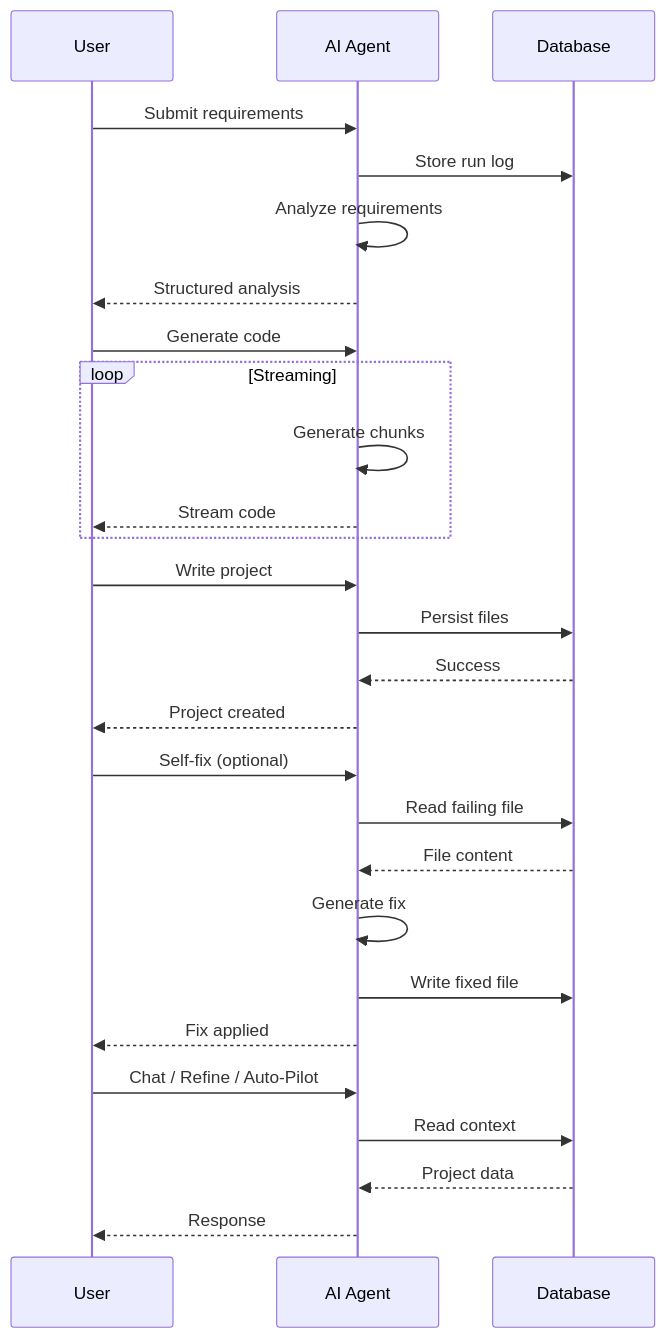
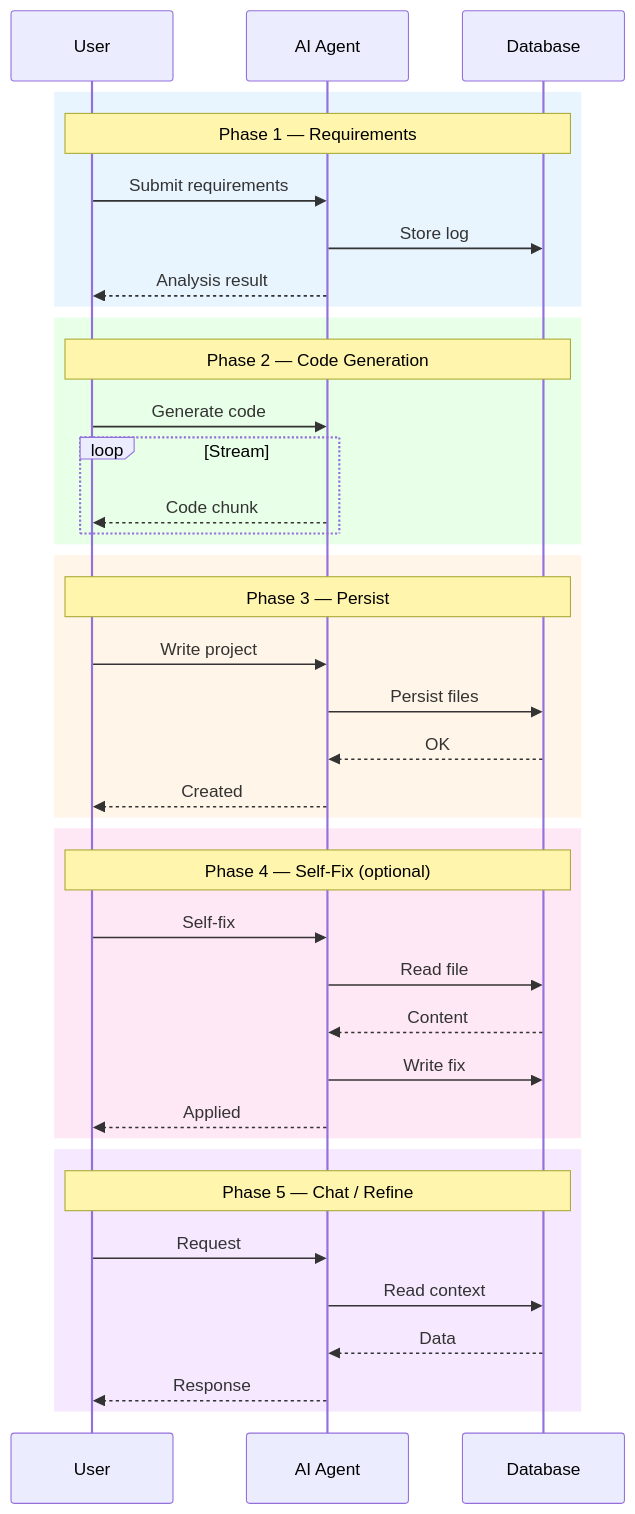
The second of 5 diagrams in docs/SASDS_COMPREHENSIVE_ARCHITECTURE.md (sathvik-123547/SASDS-AI-Automation), drawn with Mermaid before and after one commit.

Commit message:
docs: improve sequence diagram layout with phase blocks
- Add colored rect blocks for each phase
- Add phase labels (Requirements, Code Gen, Persist, Self-Fix, Chat)
- Simplify flow and shorten labels for readability

Made-with: Cursor

````diff
--- a/docs/SASDS_COMPREHENSIVE_ARCHITECTURE.md
+++ b/docs/SASDS_COMPREHENSIVE_ARCHITECTURE.md
@@ -133,34 +133,46 @@
 ```mermaid
 sequenceDiagram
     participant U as User
     participant AI as AI Agent
     participant DB as Database
 
-    U->>AI: Submit requirements
-    AI->>DB: Store run log
-    AI->>AI: Analyze requirements
-    AI-->>U: Structured analysis
-
-    U->>AI: Generate code
-    loop Streaming
-        AI->>AI: Generate chunks
-        AI-->>U: Stream code
+    rect rgb(232, 245, 255)
+        Note over U,DB: Phase 1 — Requirements
+        U->>AI: Submit requirements
+        AI->>DB: Store log
+        AI-->>U: Analysis result
     end
 
-    U->>AI: Write project
-    AI->>DB: Persist files
-    DB-->>AI: Success
-    AI-->>U: Project created
+    rect rgb(232, 255, 232)
+        Note over U,DB: Phase 2 — Code Generation
+        U->>AI: Generate code
+        loop Stream
+            AI-->>U: Code chunk
+        end
+    end
 
-    U->>AI: Self-fix (optional)
-    AI->>DB: Read failing file
-    DB-->>AI: File content
-    AI->>AI: Generate fix
-    AI->>DB: Write fixed file
-    AI-->>U: Fix applied
+    rect rgb(255, 245, 232)
+        Note over U,DB: Phase 3 — Persist
+        U->>AI: Write project
+        AI->>DB: Persist files
+        DB-->>AI: OK
+        AI-->>U: Created
+    end
 
-    U->>AI: Chat / Refine / Auto-Pilot
-    AI->>DB: Read context
-    DB-->>AI: Project data
-    AI-->>U: Response
+    rect rgb(255, 232, 245)
+        Note over U,DB: Phase 4 — Self-Fix (optional)
+        U->>AI: Self-fix
+        AI->>DB: Read file
+        DB-->>AI: Content
+        AI->>DB: Write fix
+        AI-->>U: Applied
+    end
+
+    rect rgb(245, 232, 255)
+        Note over U,DB: Phase 5 — Chat / Refine
+        U->>AI: Request
+        AI->>DB: Read context
+        DB-->>AI: Data
+        AI-->>U: Response
+    end
 ```
````
